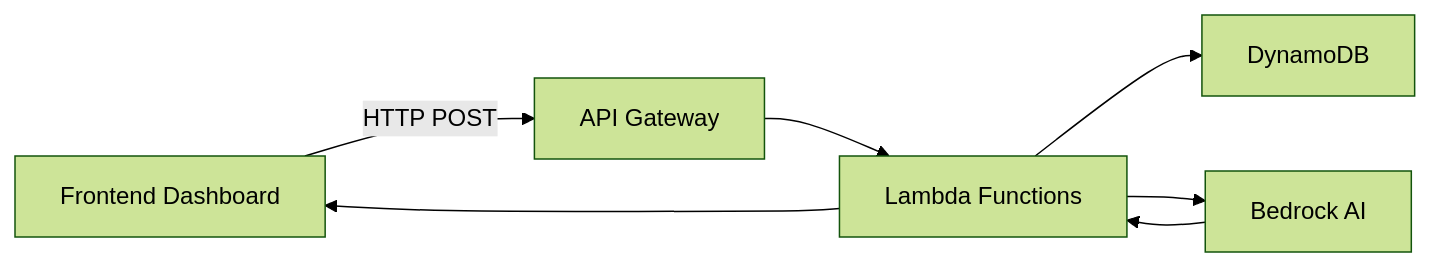
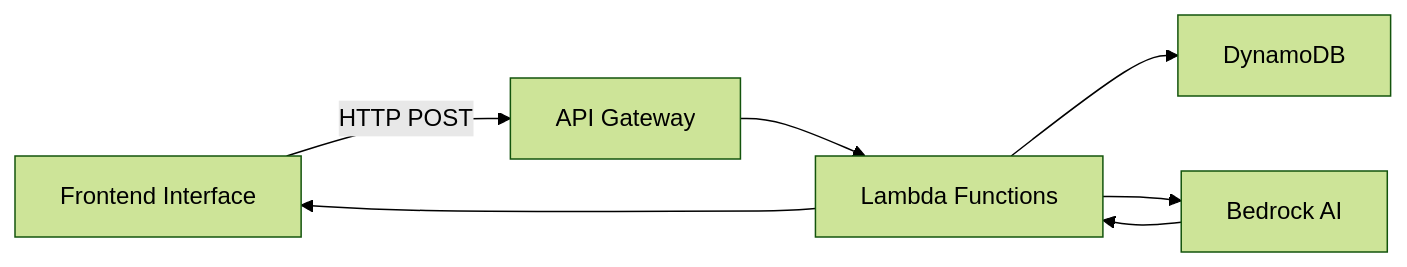
Before and after one commit to DilkuYahoo/tutorai: the diagram in app/ba-portal/WEALTH_PULSE_FEATURES.md, drawn with Mermaid (forest theme). The commit also changed other lines of this file, not shown here.

````diff
--- a/app/ba-portal/WEALTH_PULSE_FEATURES.md
+++ b/app/ba-portal/WEALTH_PULSE_FEATURES.md
@@ -518,9 +518,9 @@
 ```mermaid
 flowchart LR
-    A[Frontend Dashboard] -->|HTTP POST| B[API Gateway]
+    A[Frontend Interface] -->|HTTP POST| B[API Gateway]
     B --> C[Lambda Functions]
     C --> D[DynamoDB]
     C --> E[Bedrock AI]
     E --> C
     C --> A
 ```
````
